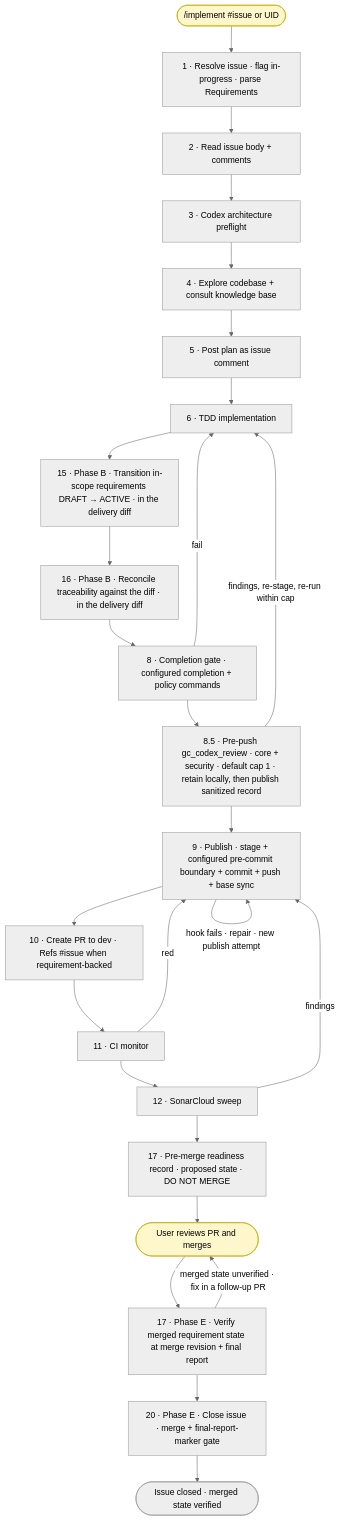
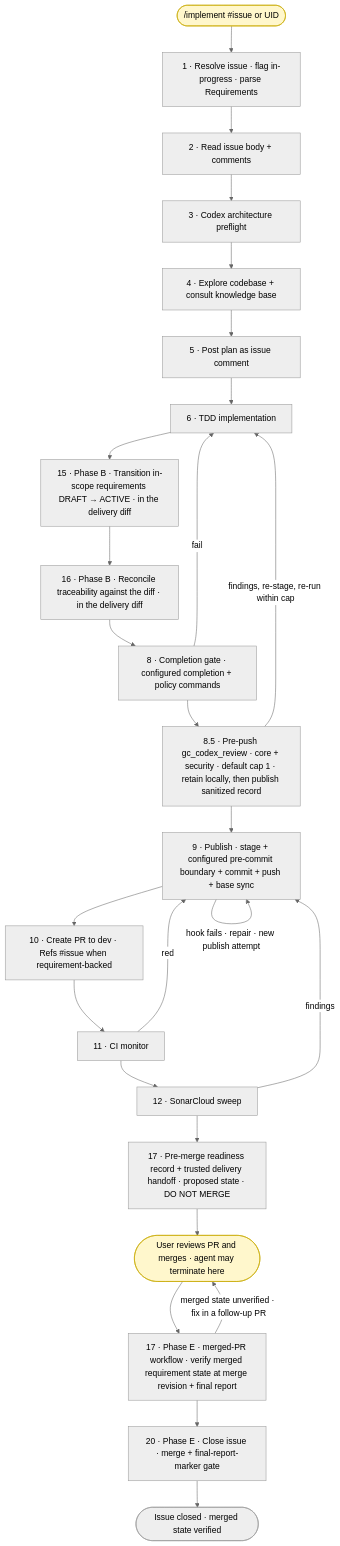
One commit to autarchy-ai/Ground-Control changed the diagram in docs/DEVELOPMENT_WORKFLOW.md. Above: the diagram before and after it, drawn with Mermaid (neutral theme). The commit also changed other lines of this file and 46 other files, not shown here.

Commit message:
feat(implement): finish Phase E from the merge event without an agent

````diff
--- a/docs/DEVELOPMENT_WORKFLOW.md
+++ b/docs/DEVELOPMENT_WORKFLOW.md
@@ -161,53 +161,53 @@
 ```mermaid
 flowchart TB
   Start([/implement #issue or UID])
   S1[1 · Resolve issue · flag in-progress · parse Requirements]
   S2[2 · Read issue body + comments]
   S3[3 · Codex architecture preflight]
   S4[4 · Explore codebase + consult knowledge base]
   S5[5 · Post plan as issue comment]
   S6[6 · TDD implementation]
   S15[15 · Phase B · Transition in-scope requirements DRAFT → ACTIVE · in the delivery diff]
   S16[16 · Phase B · Reconcile traceability against the diff · in the delivery diff]
   S8[8 · Completion gate · configured completion + policy commands]
   S8b[8.5 · Pre-push gc_codex_review · core + security · default cap 1 · retain locally, then publish sanitized record]
   S9[9 · Publish · stage + configured pre-commit boundary + commit + push + base sync]
   S10[10 · Create PR to dev · Refs #issue when requirement-backed]
   S11[11 · CI monitor]
   S12[12 · SonarCloud sweep]
-  S17r[17 · Pre-merge readiness record · proposed state · DO NOT MERGE]
-  End([User reviews PR and merges])
-  S17d[17 · Phase E · Verify merged requirement state at merge revision + final report]
+  S17r[17 · Pre-merge readiness record + trusted delivery handoff · proposed state · DO NOT MERGE]
+  End([User reviews PR and merges · agent may terminate here])
+  S17d[17 · Phase E · merged-PR workflow · verify merged requirement state at merge revision + final report]
   S20[20 · Phase E · Close issue · merge + final-report-marker gate]
   Done([Issue closed · merged state verified])
 
   Start --> S1
   S1 --> S2
   S2 --> S3
   S3 --> S4
   S4 --> S5
   S5 --> S6
   S6 --> S15
   S15 --> S16
   S16 --> S8
   S8 --> S8b
   S8b --> S9
   S9 --> S10
   S10 --> S11
   S11 --> S12
   S12 --> S17r
   S17r --> End
   End --> S17d
   S17d --> S20
   S20 --> Done
 
   S8 -->|fail| S6
   S9 -->|hook fails · repair · new publish attempt| S9
   S8b -->|findings, re-stage, re-run within cap| S6
   S11 -->|red| S9
   S12 -->|findings| S9
   S17d -->|merged state unverified · fix in a follow-up PR| End
 
   classDef user fill:#fff7cc,stroke:#c9a900,color:#000
   class Start,End user
 ```
````
